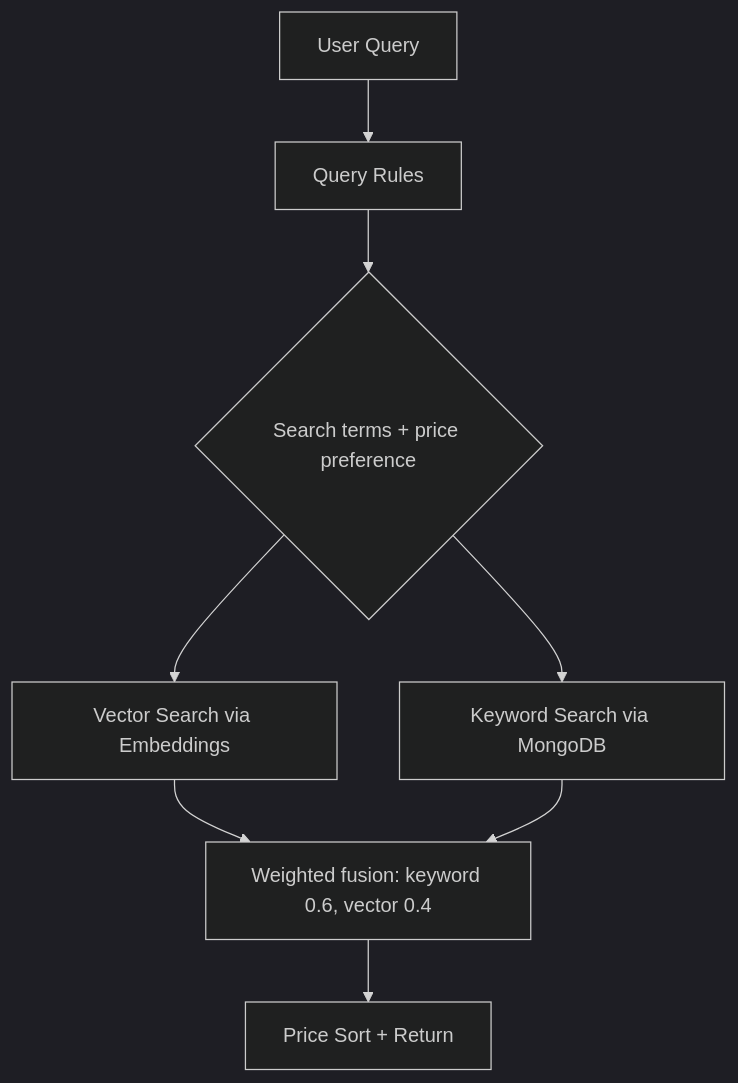
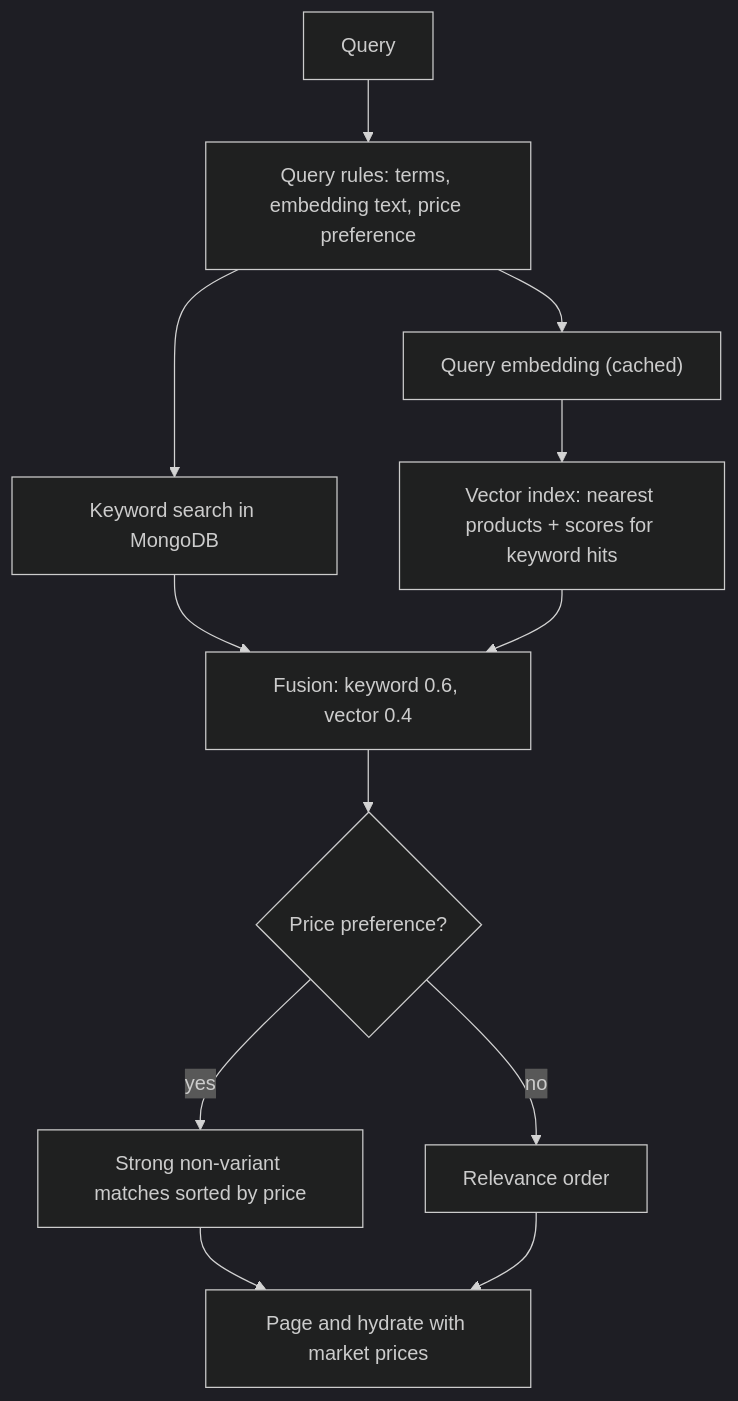
One commit to martintrifunov/obrok changed the first of 2 diagrams in apps/docs/backend/modules/search.md. Above: the diagram before and after it, drawn with Mermaid (dark theme). The commit also changed other lines of this file and 6 other files, not shown here.

Commit message:
docs(search): check the search, concept and architecture pages against the code

````diff
--- a/apps/docs/backend/modules/search.md
+++ b/apps/docs/backend/modules/search.md
@@ -39,10 +49,14 @@
 ```mermaid
 flowchart TD
-    A[User Query] --> B[Query Rules]
-    B --> C{Search terms + price preference}
-    C --> D[Vector Search via Embeddings]
-    C --> E[Keyword Search via MongoDB]
-    D --> F[Weighted fusion: keyword 0.6, vector 0.4]
+    A["Query"] --> B["Query rules: terms, embedding text, price preference"]
+    B --> C["Keyword search in MongoDB"]
+    B --> D["Query embedding (cached)"]
+    D --> E["Vector index: nearest products + scores for keyword hits"]
+    C --> F["Fusion: keyword 0.6, vector 0.4"]
     E --> F
-    F --> G[Price Sort + Return]
+    F --> G{"Price preference?"}
+    G -- yes --> H["Strong non-variant matches sorted by price"]
+    G -- no --> I["Relevance order"]
+    H --> J["Page and hydrate with market prices"]
+    I --> J
 ```
````
